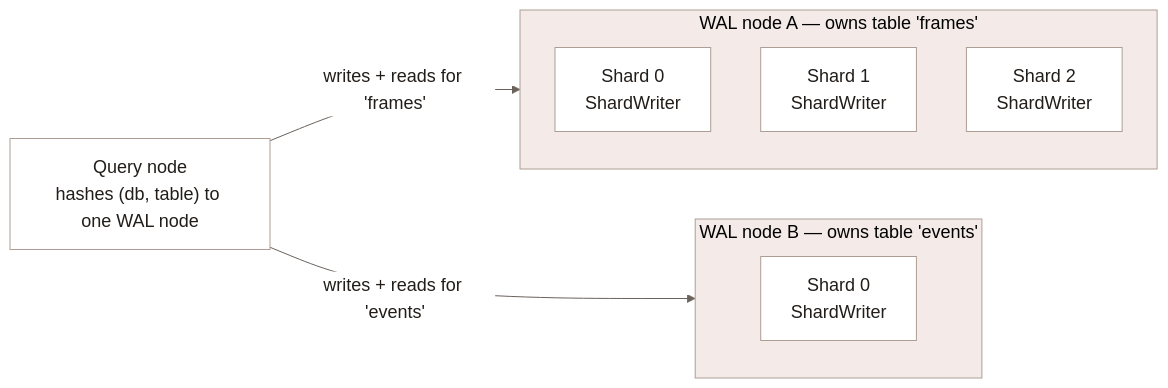
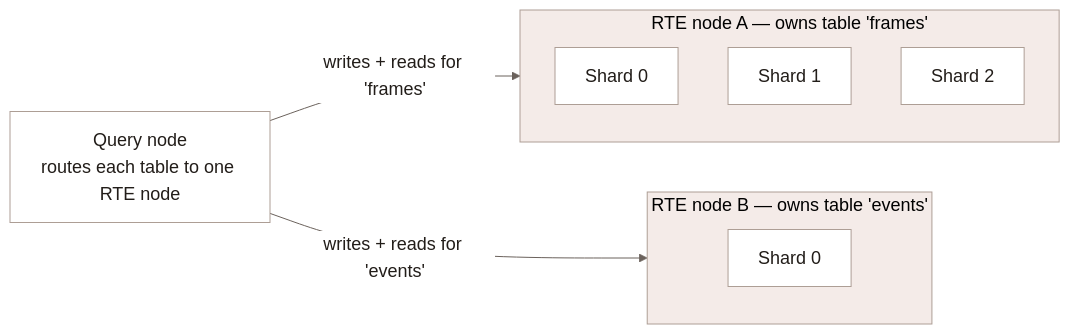
One commit to lancedb/lancedb changed the second of 2 diagrams in docs/web/enterprise/distributed-real-time-write.mdx. Above: the diagram before and after it, drawn with Mermaid. The commit also changed other lines of this file and 4 other files, not shown here.

````diff
--- a/docs/web/enterprise/distributed-real-time-write.mdx
+++ b/docs/web/enterprise/distributed-real-time-write.mdx
@@ -62,26 +64,26 @@
 ```mermaid
 %%{init: {"theme": "base", "themeVariables": {
   "background": "#ffffff", "primaryColor": "#ffffff", "primaryTextColor": "#221d19",
   "primaryBorderColor": "#ad9e95", "lineColor": "#6b625c", "textColor": "#221d19",
   "clusterBkg": "#f4ebe8", "clusterBorder": "#ad9e95", "edgeLabelBackground": "#ffffff",
   "fontFamily": "Inter, sans-serif", "fontSize": "18px"
 }}}%%
 flowchart LR
-    Q["Query node<br/>hashes (db, table) to one WAL node"]
+    Q["Query node<br/>routes each table to one RTE node"]
 
-    subgraph W0["WAL node A — owns table 'frames'"]
+    subgraph W0["RTE node A — owns table 'frames'"]
         direction TB
-        S0["Shard 0<br/>ShardWriter"]
-        S1["Shard 1<br/>ShardWriter"]
-        S2["Shard 2<br/>ShardWriter"]
+        S0["Shard 0"]
+        S1["Shard 1"]
+        S2["Shard 2"]
     end
 
-    subgraph W1["WAL node B — owns table 'events'"]
+    subgraph W1["RTE node B — owns table 'events'"]
         direction TB
-        S3["Shard 0<br/>ShardWriter"]
+        S3["Shard 0"]
     end
 
     Q -- "writes + reads for 'frames'" --> W0
     Q -- "writes + reads for 'events'" --> W1
     classDef default fill:#ffffff,stroke:#ad9e95,stroke-width:1px,color:#221d19
 ```
````
